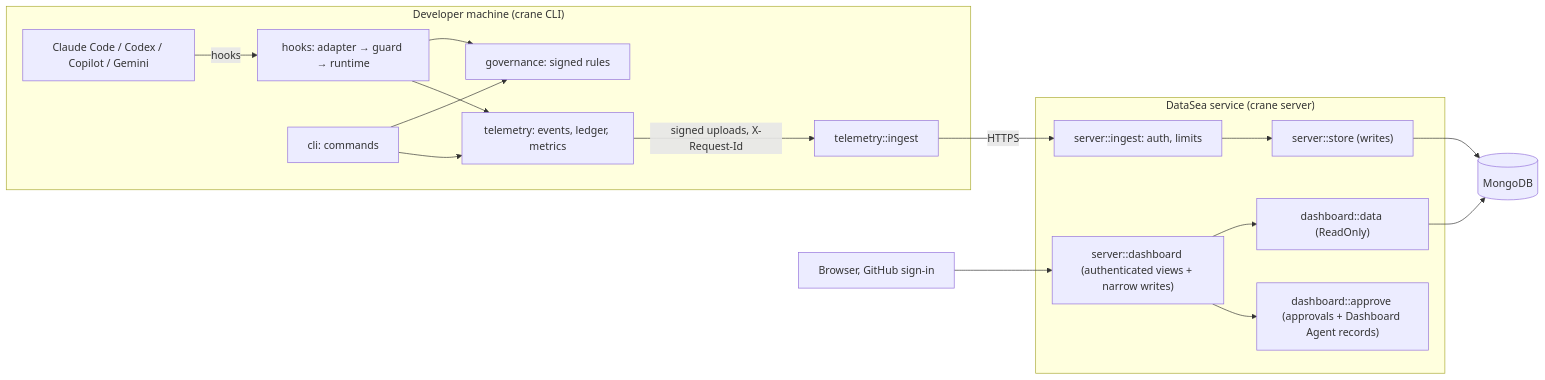
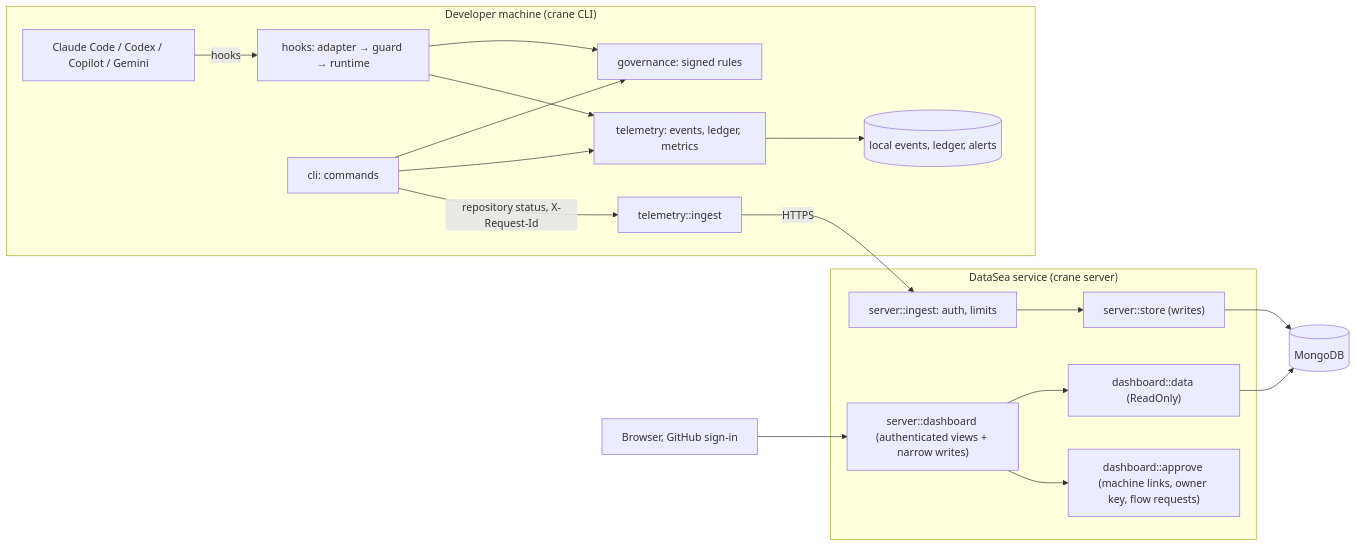
One commit to Landscape-Of-Agents/Landscape changed the diagram in CONTRIBUTING.md. Above: the diagram before and after it, drawn with Mermaid. The commit also changed 38 other files, not shown here.

````diff
--- a/CONTRIBUTING.md
+++ b/CONTRIBUTING.md
@@ -85,20 +85,21 @@
 ```mermaid
 flowchart LR
   subgraph Machine["Developer machine (crane CLI)"]
     Agent["Claude Code / Codex / Copilot / Gemini"] -->|hooks| Hooks["hooks: adapter → guard → runtime"]
     CLI["cli: commands"] --> Gov["governance: signed rules"]
     Hooks --> Gov
     Hooks --> Tel["telemetry: events, ledger, metrics"]
     CLI --> Tel
-    Tel -->|"signed uploads, X-Request-Id"| Up["telemetry::ingest"]
+    Tel --> Local[("local events, ledger, alerts")]
+    CLI -->|"repository status, X-Request-Id"| Up["telemetry::ingest"]
   end
   Up -->|HTTPS| Ingest
   subgraph Service["DataSea service (crane server)"]
     Ingest["server::ingest: auth, limits"] --> Store["server::store (writes)"]
     Dash["server::dashboard (authenticated views + narrow writes)"] --> Read["dashboard::data (ReadOnly)"]
-    Dash --> Approval["dashboard::approve (approvals + Dashboard Agent records)"]
+    Dash --> Approval["dashboard::approve (machine links, owner key, flow requests)"]
   end
   Store --> DB[("MongoDB")]
   Read --> DB
   Browser["Browser, GitHub sign-in"] --> Dash
 ```
````
